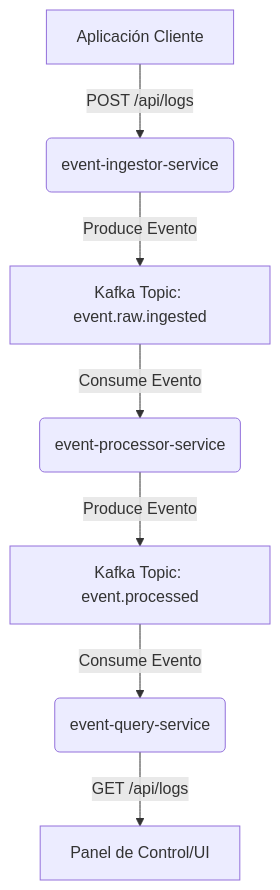
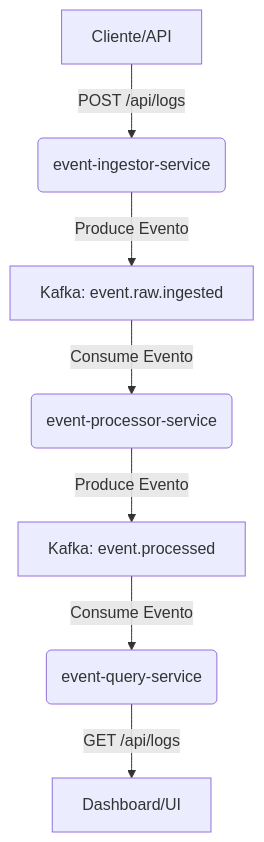
The diagram in README.md (HarolRiosDev/log-management-system), drawn with Mermaid before and after one commit. The commit also changed other lines of this file and 1 other file, not shown here.

````diff
--- a/README.md
+++ b/README.md
@@ -19,9 +39,9 @@
 ```mermaid
 graph TD
-    A[Aplicación Cliente] -->|POST /api/logs| B(event-ingestor-service);
-    B -->|Produce Evento| C[Kafka Topic: event.raw.ingested];
-    C -->|Consume Evento| D(event-processor-service);
-    D -->|Produce Evento| E[Kafka Topic: event.processed];
-    E -->|Consume Evento| F(event-query-service);
-    F -->|GET /api/logs| G[Panel de Control/UI];
+    A[Cliente/API] -->|POST /api/logs| B(event-ingestor-service)
+    B -->|Produce Evento| C[Kafka: event.raw.ingested]
+    C -->|Consume Evento| D(event-processor-service)
+    D -->|Produce Evento| E[Kafka: event.processed]
+    E -->|Consume Evento| F(event-query-service)
+    F -->|GET /api/logs| G[Dashboard/UI]
 ```
````
